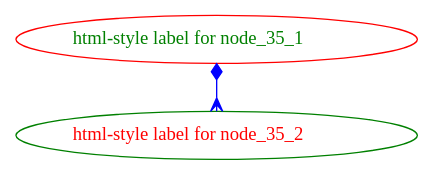
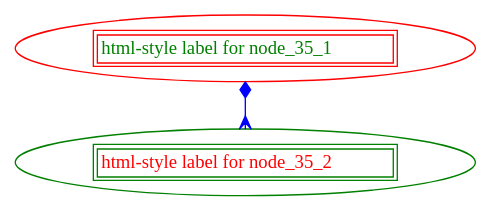
Before and after one commit to gitpan/GraphViz2-Marpa: the diagram in data/35.dot, drawn with Graphviz. The commit also changed 50 other files, not shown here.

First line of the commit message:
Import of RSAVAGE/GraphViz2-Marpa-1.02 from CPAN.

```diff
--- a/data/35.dot
+++ b/data/35.dot
@@ -1,22 +1,22 @@
 digraph graph_35
 {
 	node_35_1
 	[
 		color = red
 		fontcolor = green
-		label = <html-style label for node_35_1>
+		label = <<table><tr><td>html-style label for node_35_1</td></tr></table>>
 	];
 	node_35_2
 	[
 		color = green
 		fontcolor = red
-		label = <html-style label for node_35_2>
+		label = <<table><tr><td>html-style label for node_35_2</td></tr></table>>
 	];
 	node_35_1 -> node_35_2
 	[
 		arrowhead = crow
 		arrowtail = diamond
 		color = blue
 		dir = both
 	];
 }
```
